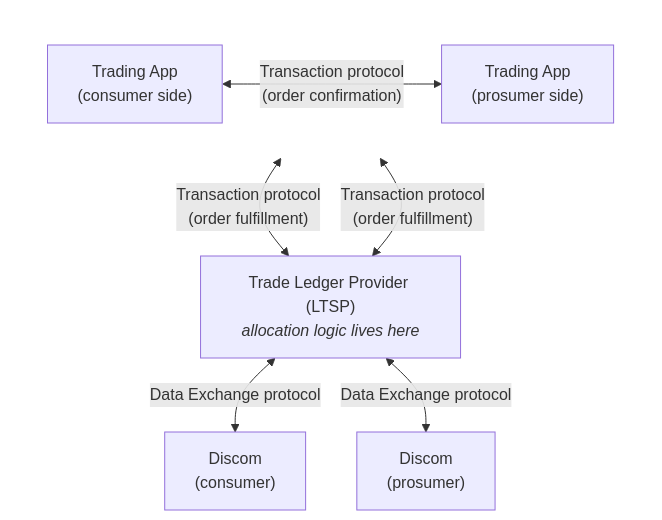
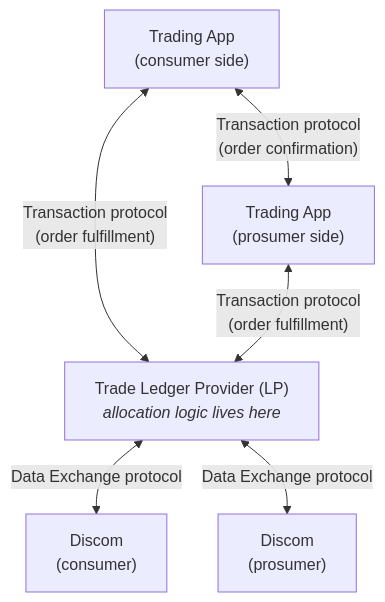
Before and after one commit to areebahmeddd/digital-energy-grid: the third of 3 diagrams in docs/implementation-guides/v2/P2P_Trading/Inter_energy_retailer_P2P_trading.md, drawn with Mermaid. The commit also changed other lines of this file, not shown here.

````diff
--- a/docs/implementation-guides/v2/P2P_Trading/Inter_energy_retailer_P2P_trading.md
+++ b/docs/implementation-guides/v2/P2P_Trading/Inter_energy_retailer_P2P_trading.md
@@ -288,17 +286,11 @@
 ```mermaid
 flowchart TB
-    subgraph TPs[" "]
-        direction LR
-        TAc["Trading App<br/>(consumer side)"] <-->|"Transaction protocol<br/>(order confirmation)"| TAp["Trading App<br/>(prosumer side)"]
-    end
-    LTSP["Trade Ledger Provider (LTSP)<br/><i>allocation logic lives here</i>"]
+    TAc["Trading App<br/>(consumer side)"] <-->|"Transaction protocol<br/>(order confirmation)"| TAp["Trading App<br/>(prosumer side)"]
+    LP["Trade Ledger Provider (LP)<br/><i>allocation logic lives here</i>"]
     Dc["Discom<br/>(consumer)"]
     Dp["Discom<br/>(prosumer)"]
-
-    TAc <-->|"Transaction protocol<br/>(order fulfillment)"| LTSP
-    TAp <-->|"Transaction protocol<br/>(order fulfillment)"| LTSP
-    LTSP <-->|"Data Exchange protocol"| Dc
-    LTSP <-->|"Data Exchange protocol"| Dp
-
-    style TPs fill:none,stroke:none
+    TAc <-->|"Transaction protocol<br/>(order fulfillment)"| LP
+    TAp <-->|"Transaction protocol<br/>(order fulfillment)"| LP
+    LP <-->|"Data Exchange protocol"| Dc
+    LP <-->|"Data Exchange protocol"| Dp
 ```
````
